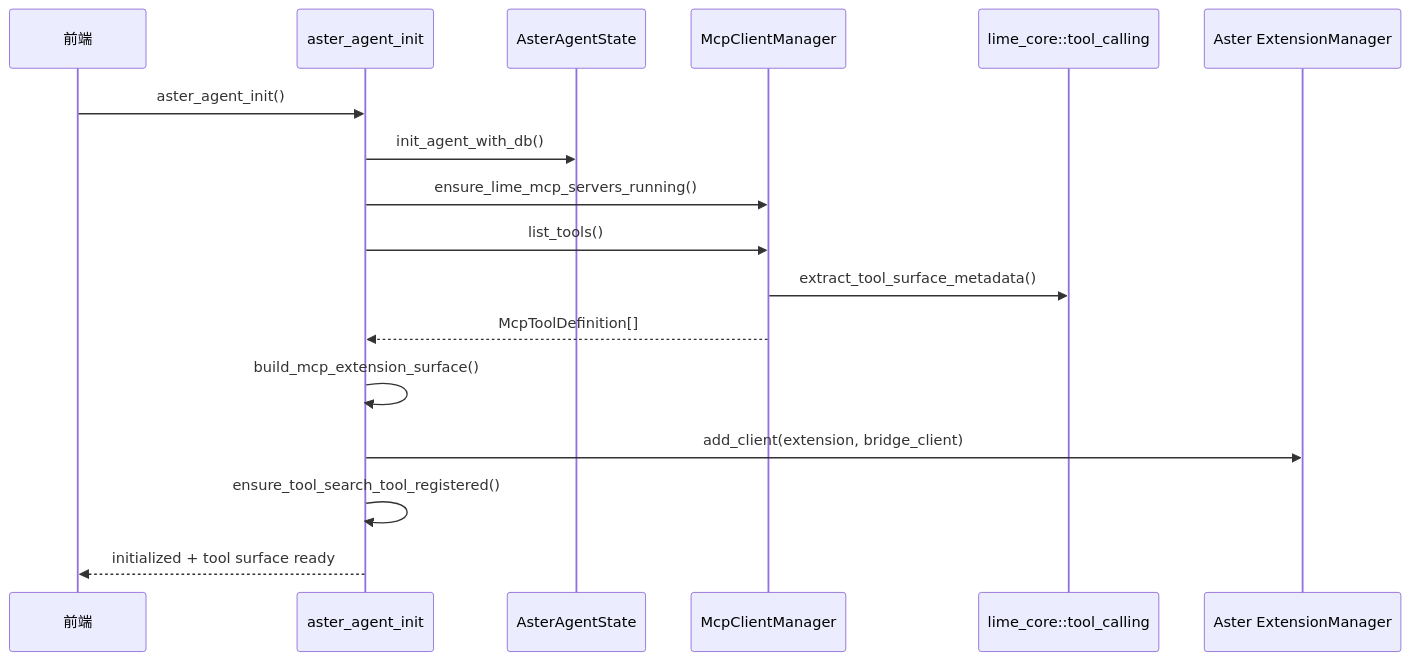
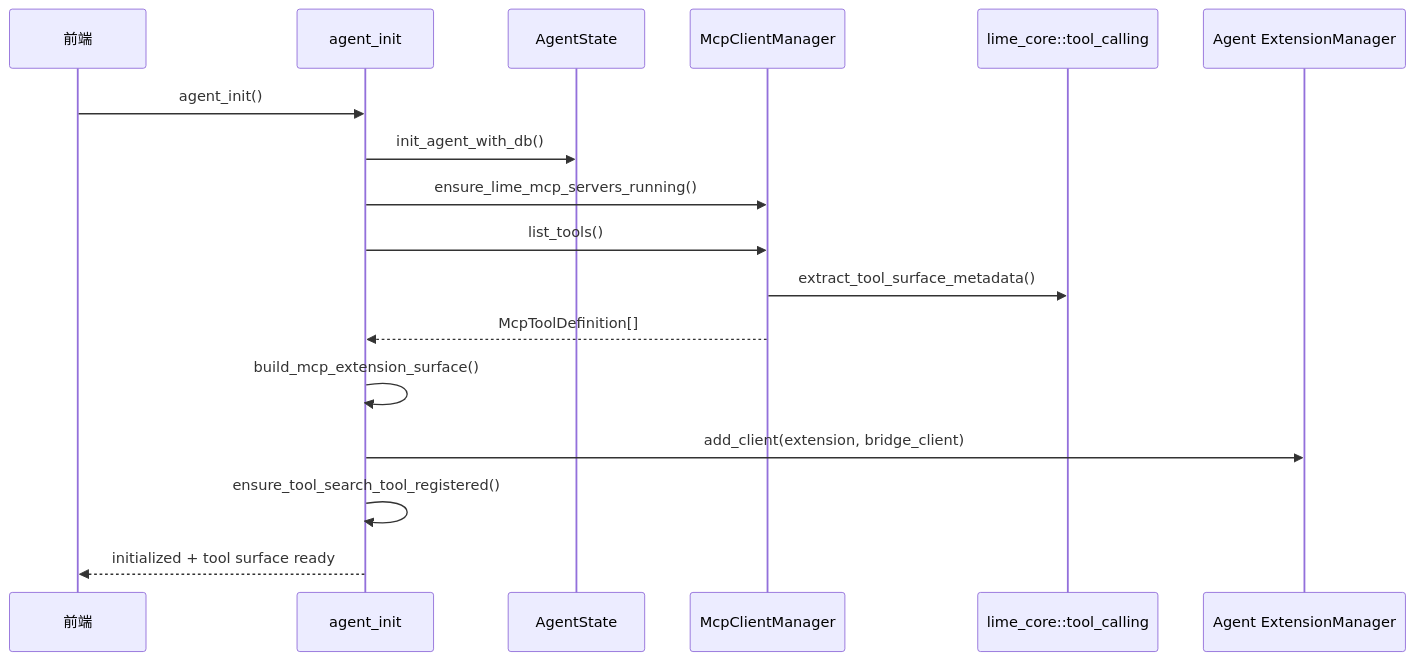
One commit to jiujuan/lime changed the second of 4 diagrams in internal/prd/tools/architecture.md. Above: the diagram before and after it, drawn with Mermaid. The commit also changed other lines of this file and 975 other files, not shown here.

````diff
--- a/internal/prd/tools/architecture.md
+++ b/internal/prd/tools/architecture.md
@@ -145,20 +145,20 @@
 ```mermaid
 sequenceDiagram
     participant UI as 前端
-    participant CMD as aster_agent_init
-    participant STATE as AsterAgentState
+    participant CMD as agent_init
+    participant STATE as AgentState
     participant MCP as McpClientManager
     participant META as lime_core::tool_calling
-    participant EXT as Aster ExtensionManager
+    participant EXT as Agent ExtensionManager
 
-    UI->>CMD: aster_agent_init()
+    UI->>CMD: agent_init()
     CMD->>STATE: init_agent_with_db()
     CMD->>MCP: ensure_lime_mcp_servers_running()
     CMD->>MCP: list_tools()
     MCP->>META: extract_tool_surface_metadata()
     MCP-->>CMD: McpToolDefinition[]
     CMD->>CMD: build_mcp_extension_surface()
     CMD->>EXT: add_client(extension, bridge_client)
     CMD->>CMD: ensure_tool_search_tool_registered()
     CMD-->>UI: initialized + tool surface ready
 ```
````
